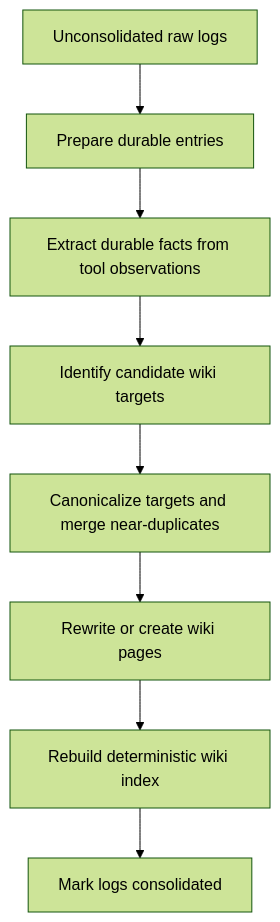
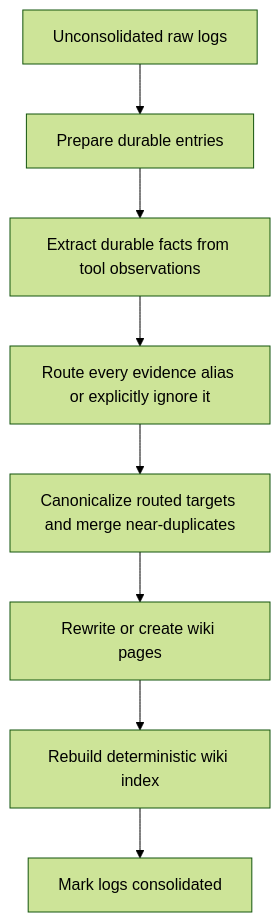
Before and after one commit to nsadras/mycelium: the diagram in README.md, drawn with Mermaid (forest theme). The commit also changed other lines of this file and 13 other files, not shown here.

````diff
--- a/README.md
+++ b/README.md
@@ -426,10 +431,10 @@
 ```mermaid
 flowchart TD
     A[Unconsolidated raw logs] --> B[Prepare durable entries]
     B --> C[Extract durable facts from tool observations]
-    C --> D[Identify candidate wiki targets]
-    D --> E[Canonicalize targets and merge near-duplicates]
+    C --> D[Route every evidence alias or explicitly ignore it]
+    D --> E[Canonicalize routed targets and merge near-duplicates]
     E --> F[Rewrite or create wiki pages]
     F --> G[Rebuild deterministic wiki index]
     G --> H[Mark logs consolidated]
 ```
````
